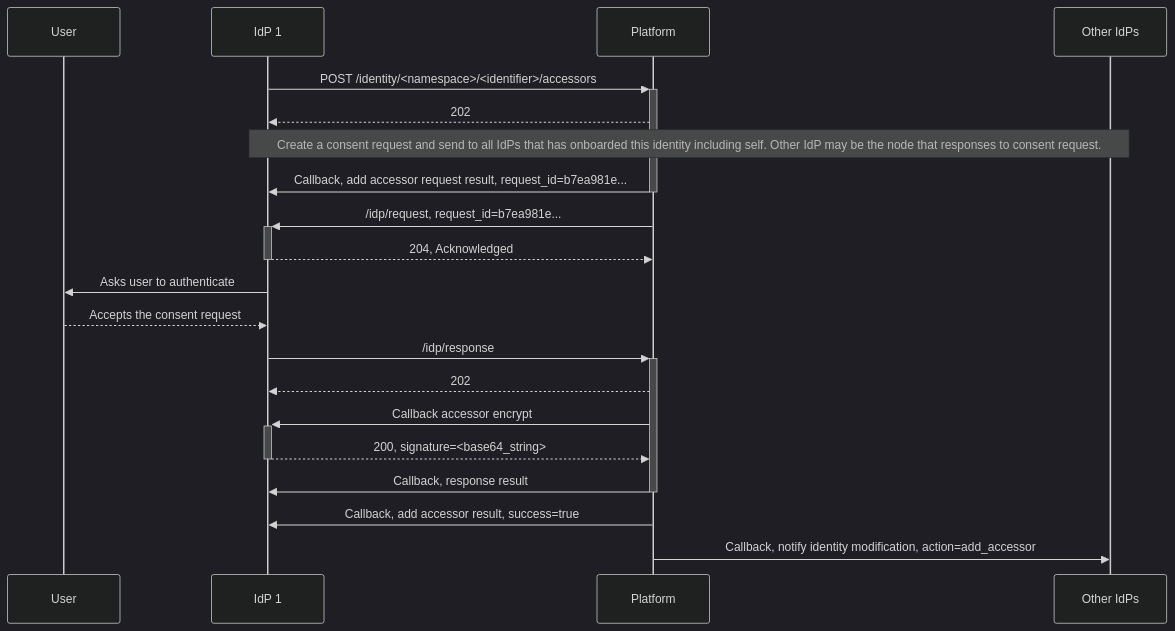
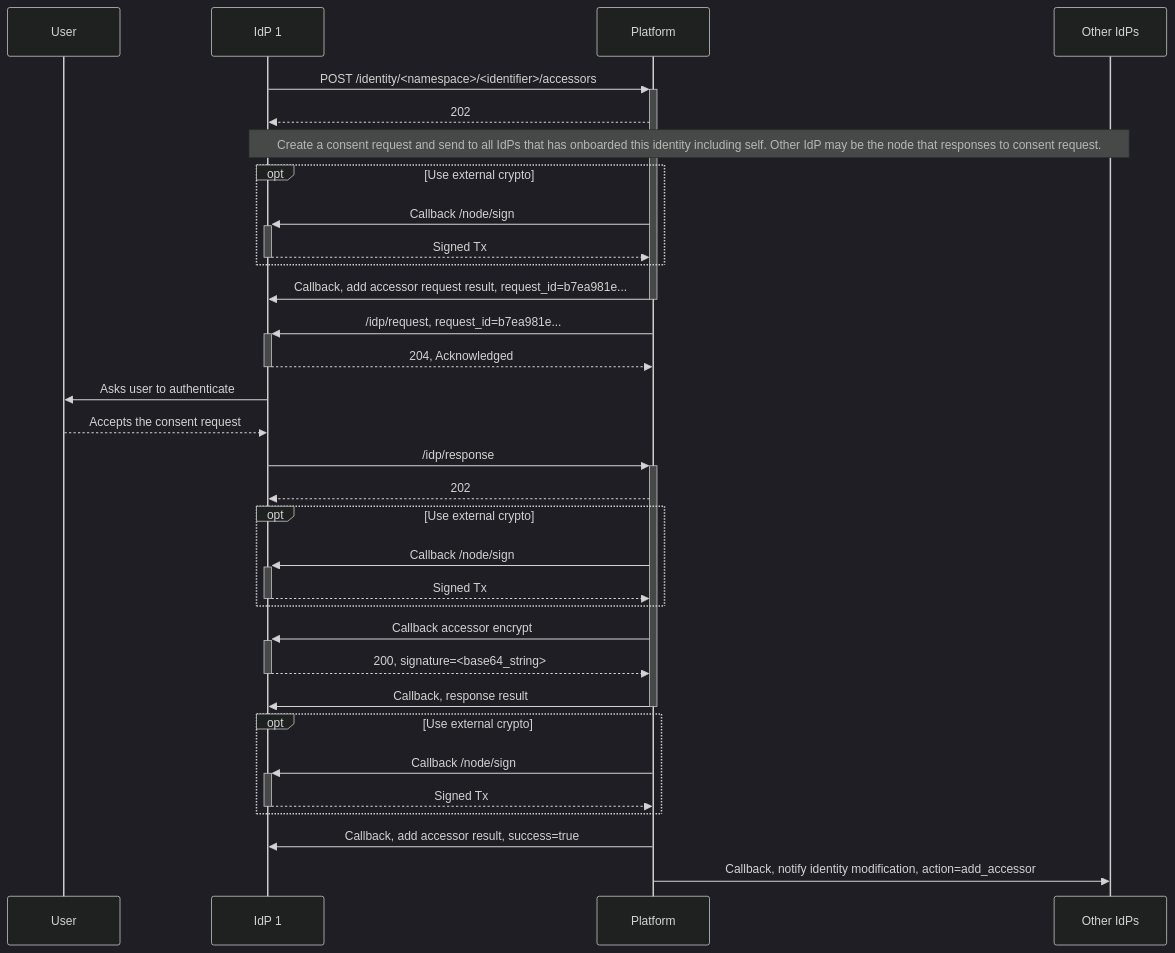
One commit to ndidplatform/ndidplatform.github.io changed the second of 2 diagrams in flows/add-accessor.md. Above: the diagram before and after it, drawn with Mermaid (dark theme). The commit also changed other lines of this file and 2 other files, not shown here.

Commit message:
Add opt flows to sequence diagrams

````diff
--- a/flows/add-accessor.md
+++ b/flows/add-accessor.md
@@ -22,22 +26,34 @@
 ```mermaid
 sequenceDiagram
     participant User
     participant IdP 1
     participant Platform
     participant Other IdPs
     IdP 1->>+Platform: POST /identity/<namespace>/<identifier>/accessors
     Platform-->>IdP 1: 202
     Note over IdP 1,Other IdPs: Create a consent request and send to all IdPs that has onboarded this identity including self. Other IdP may be the node that responses to consent request.
+    opt Use external crypto
+        Platform->>+IdP 1: Callback /node/sign
+        IdP 1-->>-Platform: Signed Tx
+    end
     Platform->>-IdP 1: Callback, add accessor request result, request_id=b7ea981e...
     Platform->>+IdP 1: /idp/request, request_id=b7ea981e...
     IdP 1-->>-Platform: 204, Acknowledged
     IdP 1->>User: Asks user to authenticate
     User-->>IdP 1: Accepts the consent request
     IdP 1->>+Platform: /idp/response
     Platform-->>IdP 1: 202
+    opt Use external crypto
+        Platform->>+IdP 1: Callback /node/sign
+        IdP 1-->>-Platform: Signed Tx
+    end
     Platform->>+IdP 1: Callback accessor encrypt
     IdP 1-->>-Platform: 200, signature=<base64_string>
     Platform->>-IdP 1: Callback, response result
+    opt Use external crypto
+        Platform->>+IdP 1: Callback /node/sign
+        IdP 1-->>-Platform: Signed Tx
+    end
     Platform->>IdP 1: Callback, add accessor result, success=true
     Platform->>Other IdPs: Callback, notify identity modification, action=add_accessor
 ```
````
